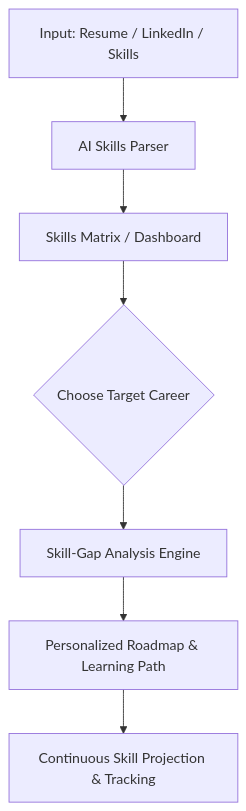
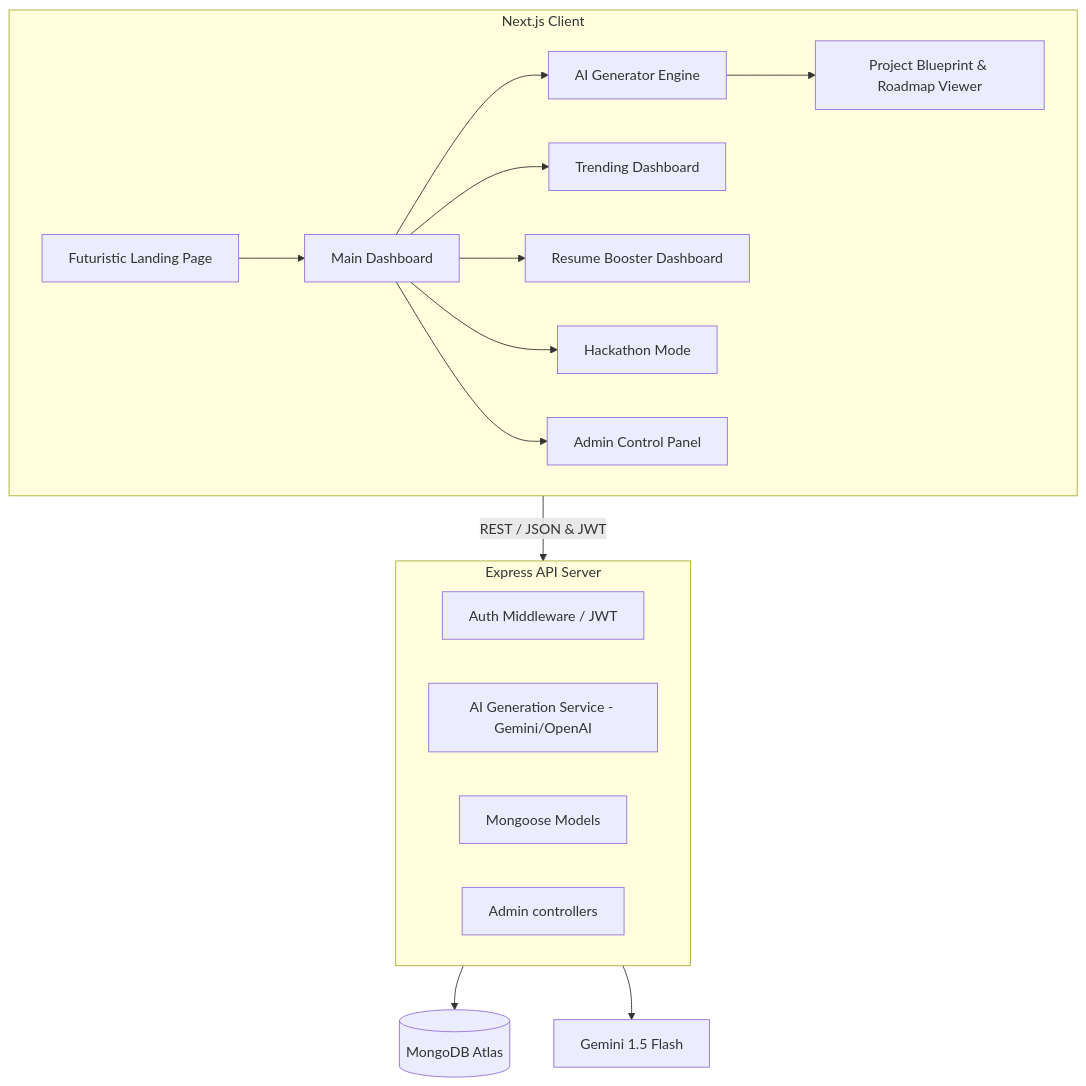
Before and after one commit to Techside-Pragyan/NextGen-Projector: the diagram in README.md, drawn with Mermaid. The commit also changed other lines of this file and 20 other files, not shown here.

Commit message:
feat: scaffold initial frontend dashboard architecture and integrate admin management panel

````diff
--- a/README.md
+++ b/README.md
@@ -27,9 +24,23 @@
 ```mermaid
 graph TD
-    A[Input: Resume / LinkedIn / Skills] --> B[AI Skills Parser]
-    B --> C[Skills Matrix / Dashboard]
-    C --> D{Choose Target Career}
-    D --> E[Skill-Gap Analysis Engine]
-    E --> F[Personalized Roadmap & Learning Path]
-    F --> G[Continuous Skill Projection & Tracking]
+    subgraph Frontend [Next.js Client]
+        LP[Futuristic Landing Page] --> DB[Main Dashboard]
+        DB --> GEN[AI Generator Engine]
+        DB --> TR[Trending Dashboard]
+        DB --> RB[Resume Booster Dashboard]
+        DB --> HM[Hackathon Mode]
+        DB --> AD[Admin Control Panel]
+        GEN --> BPR[Project Blueprint & Roadmap Viewer]
+    end
+
+    subgraph Backend [Express API Server]
+        Auth[Auth Middleware / JWT]
+        AI[AI Generation Service - Gemini/OpenAI]
+        DB_M[Mongoose Models]
+      	AdminCtrl[Admin controllers]
+    end
+
+    Frontend -- REST / JSON & JWT --> Backend
+    Backend --> MongoDB[(MongoDB Atlas)]
+    Backend --> GeminiAPI[Gemini 1.5 Flash]
 ```
````
